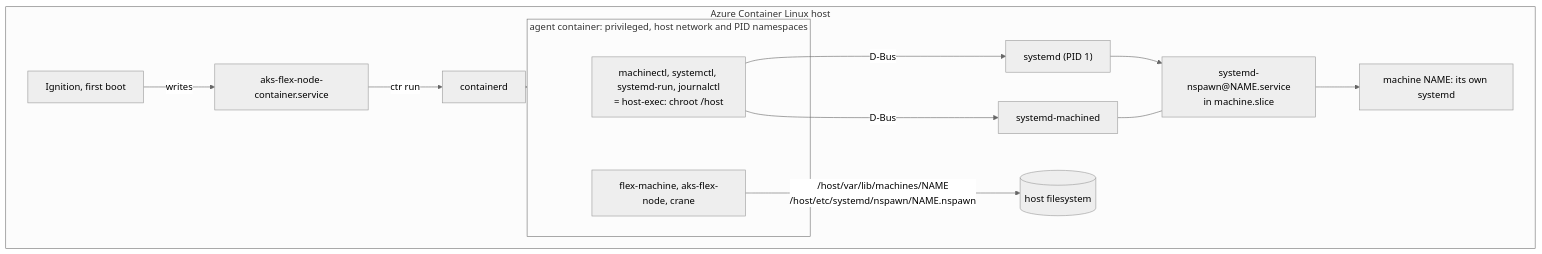
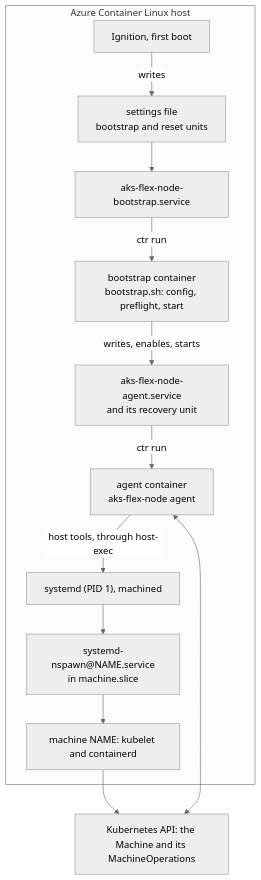
The diagram in hack/acl-container/DESIGN.md (Azure/AKSFlexNode), drawn with Mermaid (neutral theme) before and after one commit. The commit also changed other lines of this file and 2 other files, not shown here.

First line of the commit message:
Describe the agent in its container in the harness's docs

````diff
--- a/hack/acl-container/DESIGN.md
+++ b/hack/acl-container/DESIGN.md
@@ -49,18 +69,15 @@
 ```mermaid
 flowchart TB
     subgraph host["Azure Container Linux host"]
-        ign["Ignition, first boot"] -->|writes| unit["aks-flex-node-container.service"]
-        unit -->|ctr run| containerd["containerd"]
-        containerd --> agent
-        subgraph agent["agent container: privileged, host network and PID namespaces"]
-            tools["machinectl, systemctl, systemd-run, journalctl<br/>= host-exec: chroot /host"]
-            fm["flex-machine, aks-flex-node, crane"]
-        end
-        tools -->|D-Bus| machined["systemd-machined"]
-        tools -->|D-Bus| pid1["systemd (PID 1)"]
+        ign["Ignition, first boot"] -->|writes| install["settings file<br/>bootstrap and reset units"]
+        install --> bunit["aks-flex-node-bootstrap.service"]
+        bunit -->|ctr run| boot["bootstrap container<br/>bootstrap.sh: config, preflight, start"]
+        boot -->|writes, enables, starts| aunit["aks-flex-node-agent.service<br/>and its recovery unit"]
+        aunit -->|ctr run| agent["agent container<br/>aks-flex-node agent"]
+        agent -->|"host tools, through host-exec"| pid1["systemd (PID 1), machined"]
         pid1 --> nspawn["systemd-nspawn@NAME.service<br/>in machine.slice"]
-        machined --- nspawn
-        fm -->|"/host/var/lib/machines/NAME<br/>/host/etc/systemd/nspawn/NAME.nspawn"| files[("host filesystem")]
-        nspawn --> machine["machine NAME: its own systemd"]
+        nspawn --> machine["machine NAME: kubelet and containerd"]
     end
+    api["Kubernetes API: the Machine and its MachineOperations"] <--> agent
+    machine --> api
 ```
````
